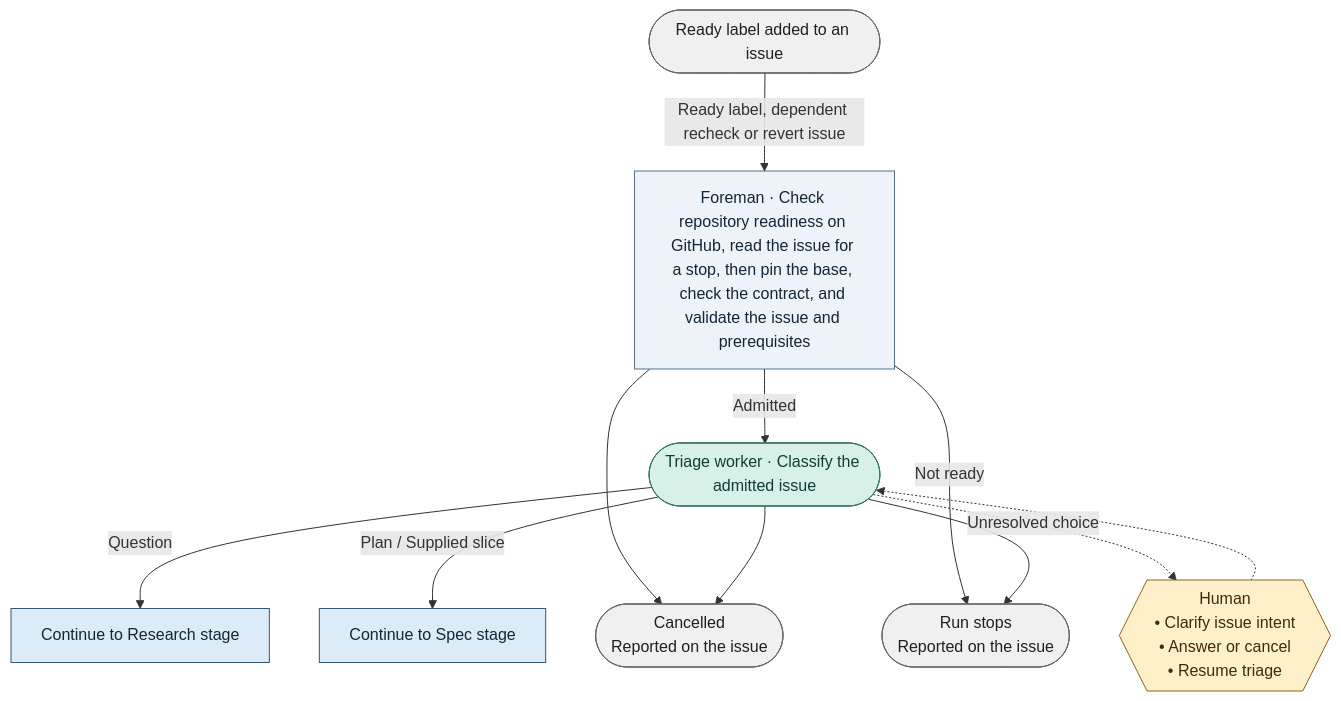
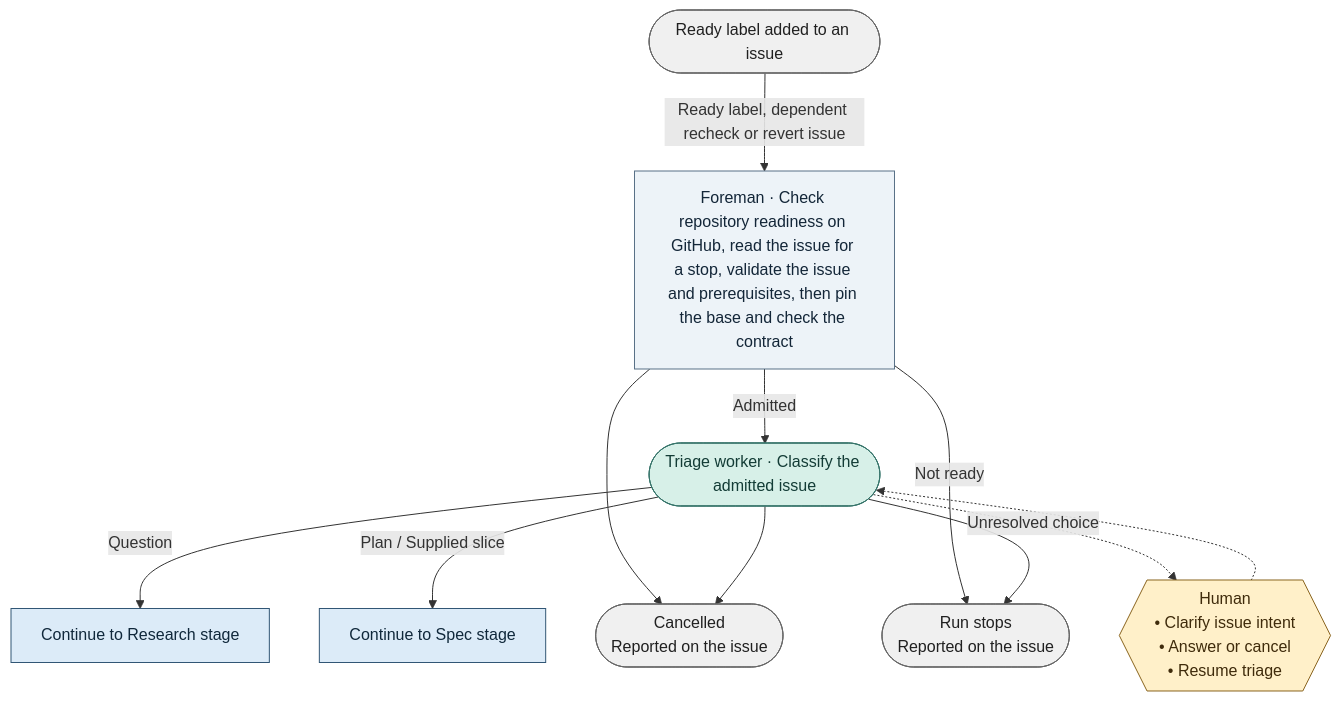
Before and after one commit to bookout-labs/tools: the diagram in docs/graph/blueprint/views/stages/triage.mmd, drawn with Mermaid. The commit also changed 8 other files, not shown here.

Commit message:
Draw Fable's admit order and resume-only GitHub check

```diff
--- a/docs/graph/blueprint/views/stages/triage.mmd
+++ b/docs/graph/blueprint/views/stages/triage.mmd
@@ -1,24 +1,24 @@
 flowchart TD
     n0(["Ready label added to an issue"]):::terminal
-    n1["Foreman · Check repository readiness on GitHub, read the issue for a stop, then pin the base, check the contract, and validate the issue and prerequisites"]:::step
+    n1["Foreman · Check repository readiness on GitHub, read the issue for a stop, validate the issue and prerequisites, then pin the base and check the contract"]:::step
     n2(["Triage worker · Classify the admitted issue"]):::worker
     n3(["Run stops<br/>Reported on the issue"]):::terminal
     n4(["Cancelled<br/>Reported on the issue"]):::terminal
     n5["Continue to Research stage"]:::stage
     n6["Continue to Spec stage"]:::stage
     n7{{"Human<br/>• Clarify issue intent<br/>• Answer or cancel<br/>• Resume triage"}}:::gate
     n0 -->|"Ready label, dependent recheck or revert issue"| n1
     n1 -->|"Admitted"| n2
     n1 -->|"Not ready"| n3
     n1 --> n4
     n2 -->|"Question"| n5
     n2 -->|"Plan / Supplied slice"| n6
     n2 --> n4
     n2 --> n3
     n2 -.->|"Unresolved choice"| n7
     n7 -.-> n2
     classDef stage fill:#dcebf8,stroke:#315675,color:#10283b
     classDef step fill:#edf3f8,stroke:#597187,color:#132638
     classDef worker fill:#d7f0e8,stroke:#357369,color:#133c36
     classDef gate fill:#fff0c9,stroke:#89641f,color:#3f2b0b
     classDef terminal fill:#f0f0f0,stroke:#666666,color:#202020
```
